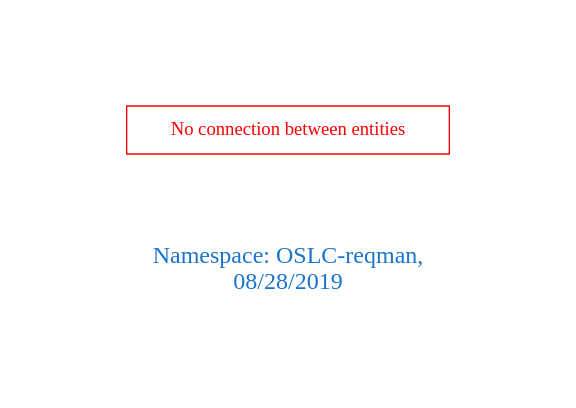
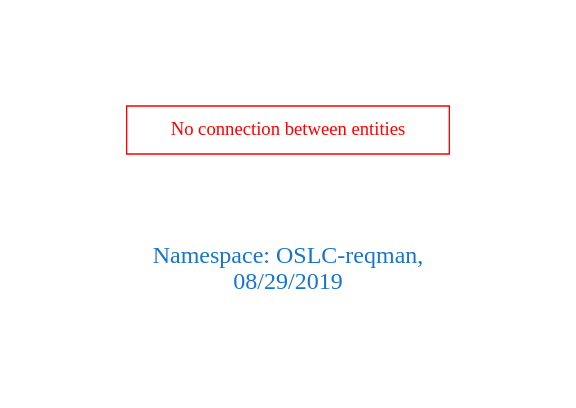
The diagram in downloads/OSLC-reqman.dot (arago/OGIT), drawn with Graphviz before and after one commit. The commit also changed 1500 other files, not shown here.

```diff
--- a/downloads/OSLC-reqman.dot
+++ b/downloads/OSLC-reqman.dot
@@ -1,9 +1,9 @@
 digraph OGIT_ontology {
  graph [ rankdir= LR,pad=1 
 fontsize = 18,
-fontcolor= dodgerblue3,label = "\n\n\nNamespace: OSLC-reqman, \n 08/28/2019"];
+fontcolor= dodgerblue3,label = "\n\n\nNamespace: OSLC-reqman, \n 08/29/2019"];
 node[shape=polygon];
 edge [  color="gray81"];
 
 "No connection between entities" [fontcolor = "red",color="red", shape="polygon"]
 }
```
